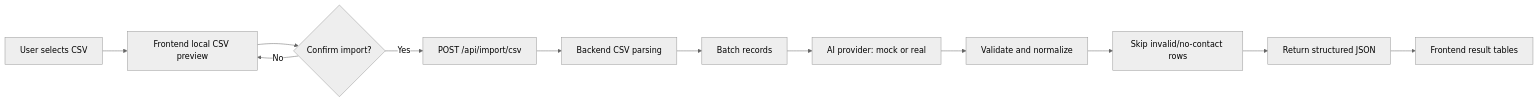
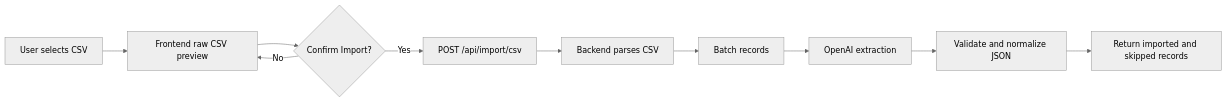
One commit to AdhisreePaul/groweasy-ai-csv-importer changed the diagram in README.md. Above: the diagram before and after it, drawn with Mermaid (neutral theme). The commit also changed other lines of this file and 33 other files, not shown here.

````diff
--- a/README.md
+++ b/README.md
@@ -41,14 +33,12 @@
 ```mermaid
 flowchart LR
-  A["User selects CSV"] --> B["Frontend local CSV preview"]
-  B --> C{"Confirm import?"}
+  A["User selects CSV"] --> B["Frontend raw CSV preview"]
+  B --> C{"Confirm Import?"}
   C -- "No" --> B
   C -- "Yes" --> D["POST /api/import/csv"]
-  D --> E["Backend CSV parsing"]
+  D --> E["Backend parses CSV"]
   E --> F["Batch records"]
-  F --> G["AI provider: mock or real"]
-  G --> H["Validate and normalize"]
-  H --> I["Skip invalid/no-contact rows"]
-  I --> J["Return structured JSON"]
-  J --> K["Frontend result tables"]
+  F --> G["OpenAI extraction"]
+  G --> H["Validate and normalize JSON"]
+  H --> I["Return imported and skipped records"]
 ```
````
